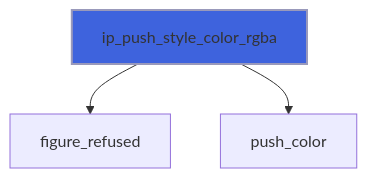
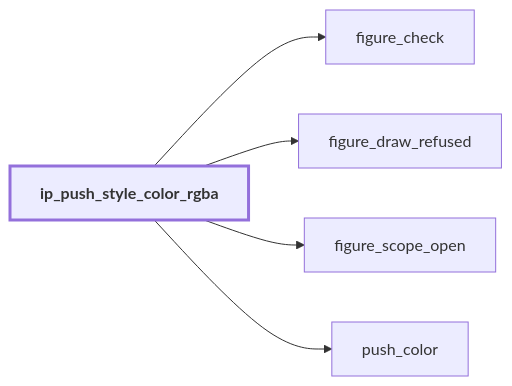
One commit to szaghi/figure changed diagram 15 of 44 in docs/api/src/lib/figure_style.md. Above: the diagram before and after it, drawn with Mermaid. The commit also changed other lines of this file and 54 other files, not shown here.

````diff
--- a/docs/api/src/lib/figure_style.md
+++ b/docs/api/src/lib/figure_style.md
@@ -535,6 +626,13 @@
 ```mermaid
-flowchart TD
-  ip_push_style_color_rgba["ip_push_style_color_rgba"] --> figure_refused["figure_refused"]
+flowchart LR
+  ip_push_style_color_rgba["ip_push_style_color_rgba"] --> figure_check["figure_check"]
+  ip_push_style_color_rgba["ip_push_style_color_rgba"] --> figure_draw_refused["figure_draw_refused"]
+  ip_push_style_color_rgba["ip_push_style_color_rgba"] --> figure_scope_open["figure_scope_open"]
   ip_push_style_color_rgba["ip_push_style_color_rgba"] --> push_color["push_color"]
-  style ip_push_style_color_rgba fill:#3e63dd,stroke:#99b,stroke-width:2px
+  classDef focus stroke-width:3px,font-weight:bold
+  class ip_push_style_color_rgba focus
+  click figure_draw_refused href "figure_base.html#figure-draw-refused" "figure_draw_refused"
+  click push_color href "#push-color" "push_color"
+  click figure_scope_open href "figure_base.html#figure-scope-open" "figure_scope_open"
+  click figure_check href "figure_base.html#figure-check" "figure_check"
 ```
````
